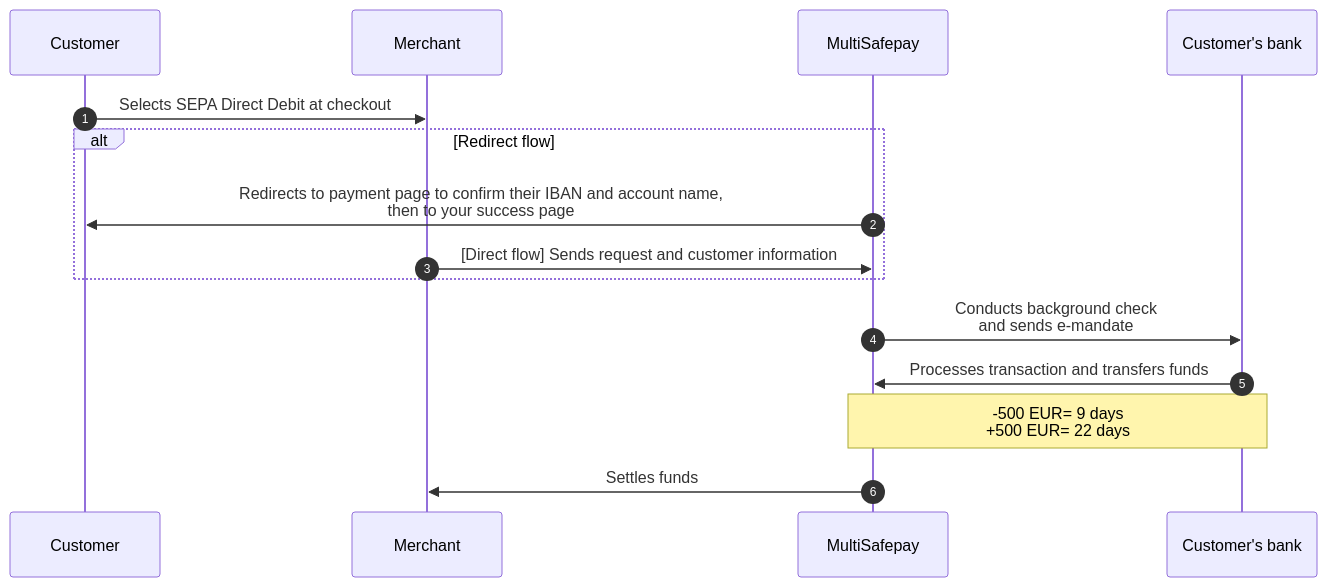
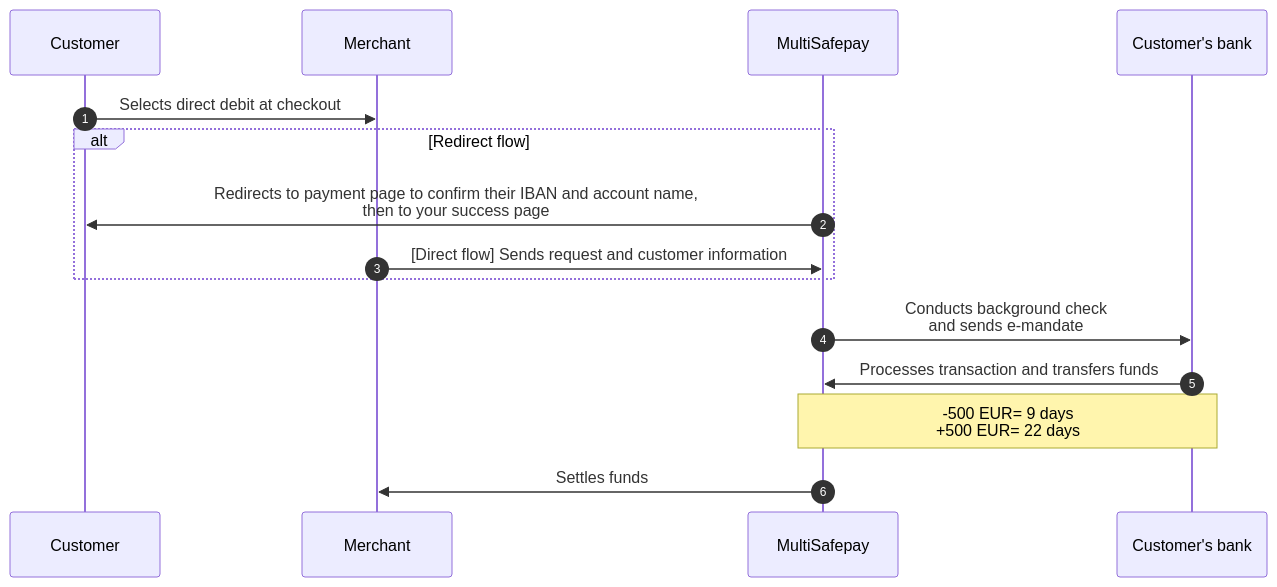
Before and after one commit to MultiSafepay/docs: the diagram in static/diagrams/src/sepa-direct-debit-payment-flow.mmd, drawn with Mermaid. The commit also changed 17 other files, not shown here.

Commit message:
Second half of bank transfer and direct debit changes

```diff
--- a/static/diagrams/src/sepa-direct-debit-payment-flow.mmd
+++ b/static/diagrams/src/sepa-direct-debit-payment-flow.mmd
@@ -1,16 +1,16 @@
 sequenceDiagram
     autonumber
     participant C as Customer
     participant Me as Merchant
     participant Mu as MultiSafepay
     participant CB as Customer's bank
     
-    C->>Me: Selects SEPA Direct Debit at checkout
+    C->>Me: Selects direct debit at checkout
     alt Redirect flow
     Mu->>C: Redirects to payment page to confirm their IBAN and account name, <br> then to your success page
     Me->>Mu: [Direct flow] Sends request and customer information
     end
     Mu->>CB: Conducts background check <br> and sends e-mandate
     CB->>Mu: Processes transaction and transfers funds 
     Note over CB,Mu: -500 EUR= 9 days <br> +500 EUR= 22 days
     Mu->>Me: Settles funds
```
